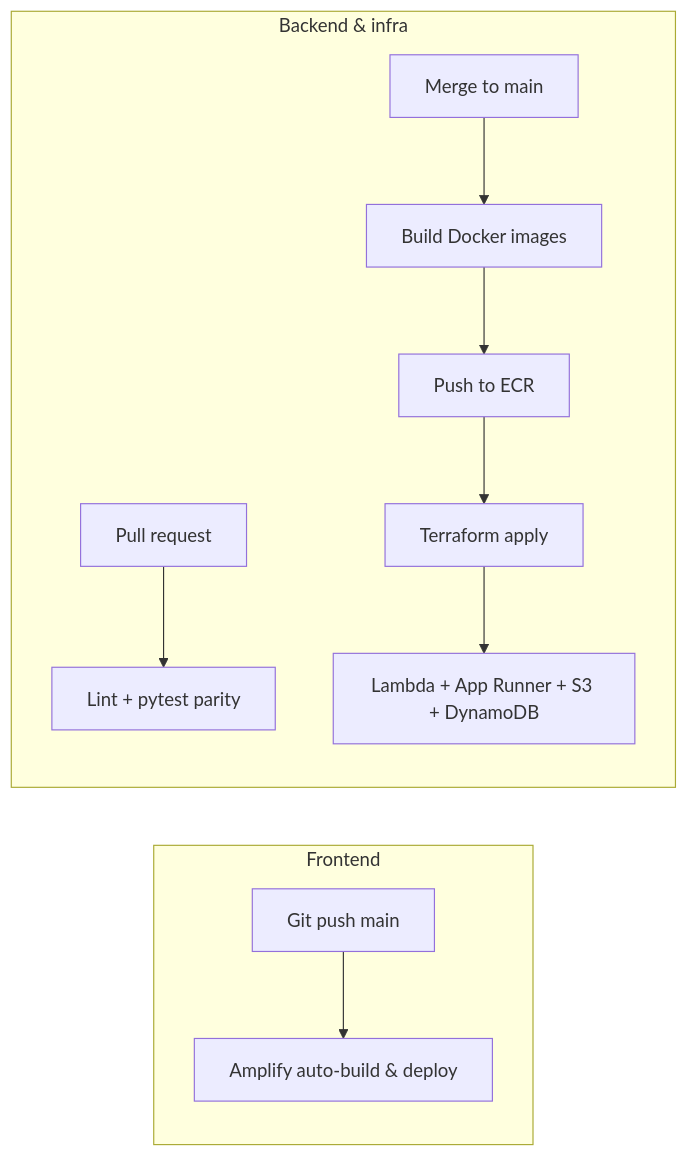
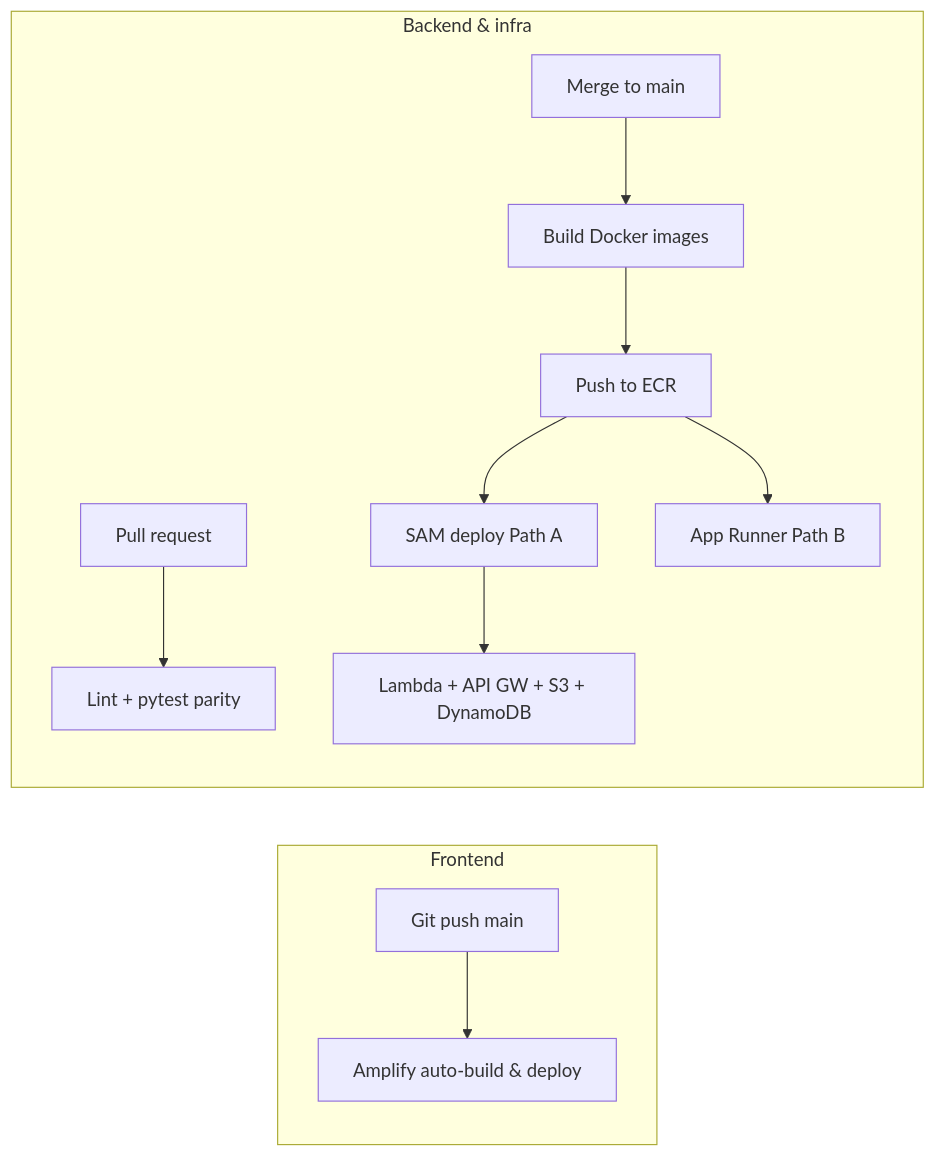
The third of 3 diagrams in fleetguard_prep/docs/Architecture-diagram.md (Gbolahan43/FleetGuard), drawn with Mermaid before and after one commit. The commit also changed other lines of this file and 34 other files, not shown here.

````diff
--- a/fleetguard_prep/docs/Architecture-diagram.md
+++ b/fleetguard_prep/docs/Architecture-diagram.md
@@ -261,14 +262,15 @@
 ```mermaid
 flowchart LR
   subgraph fe [Frontend]
     PUSH[Git push main] --> AMP[Amplify auto-build & deploy]
   end
 
   subgraph be [Backend & infra]
     PR[Pull request] --> CI[Lint + pytest parity]
     MAIN[Merge to main] --> BUILD[Build Docker images]
     BUILD --> ECR[Push to ECR]
-    ECR --> TF[Terraform apply]
-    TF --> AWS[Lambda + App Runner + S3 + DynamoDB]
+    ECR --> SAM[SAM deploy Path A]
+    SAM --> AWS[Lambda + API GW + S3 + DynamoDB]
+    ECR --> AR[App Runner Path B]
   end
 ```
````
